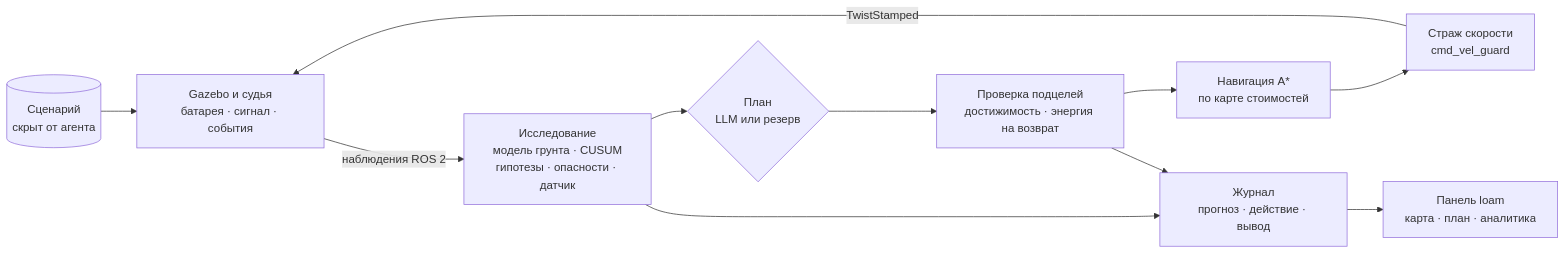
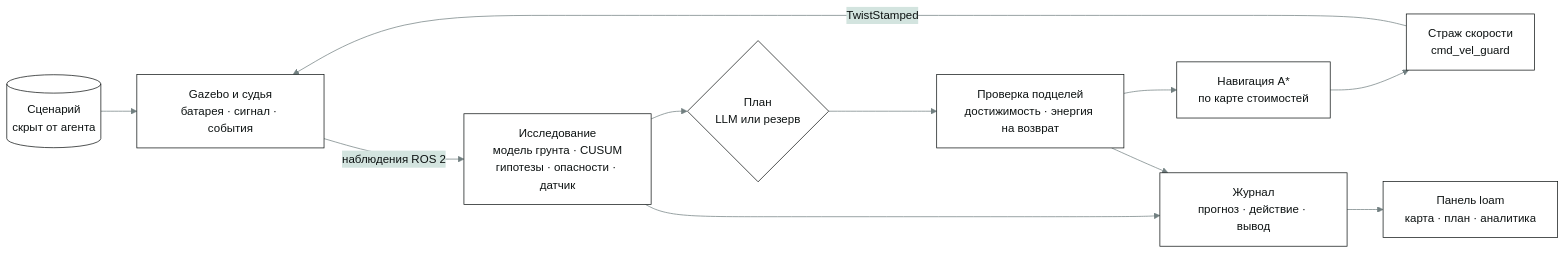
The diagram in README.md (GoatWhistle/did), drawn with Mermaid before and after one commit. The commit also changed other lines of this file and 536 other files, not shown here.

````diff
--- a/README.md
+++ b/README.md
@@ -95,13 +77,14 @@
 ```mermaid
+%%{init: {"theme":"base","themeVariables":{"primaryColor":"#ffffff","primaryTextColor":"#0d1212","primaryBorderColor":"#0d1212","secondaryColor":"#d3e4df","tertiaryColor":"#edf4f2","lineColor":"#717f80","textColor":"#0d1212","noteBkgColor":"#d3e4df","noteTextColor":"#34484a","actorBkg":"#ffffff","actorBorder":"#0d1212","fontFamily":"Inter"}}}%%
 flowchart LR
     S[("Сценарий<br/>скрыт от агента")] --> J["Gazebo и судья<br/>батарея · сигнал · события"]
     J -- "наблюдения ROS 2" --> R["Исследование<br/>модель грунта · CUSUM<br/>гипотезы · опасности · датчик"]
     R --> P{"План<br/>LLM или резерв"}
     P --> V["Проверка подцелей<br/>достижимость · энергия на возврат"]
     V --> N["Навигация A*<br/>по карте стоимостей"]
     N --> G["Страж скорости<br/>cmd_vel_guard"]
     G -- "TwistStamped" --> J
     R --> L["Журнал<br/>прогноз · действие · вывод"]
     V --> L
     L --> U["Панель loam<br/>карта · план · аналитика"]
 ```
````
